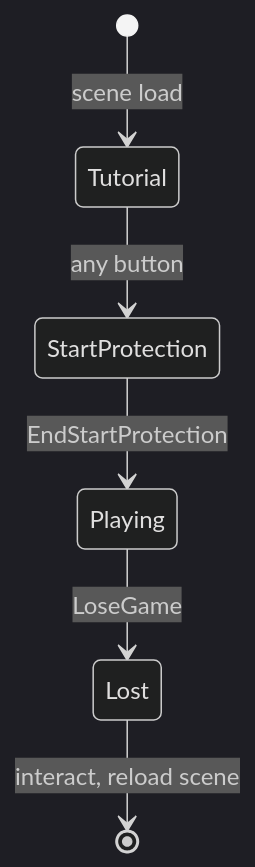
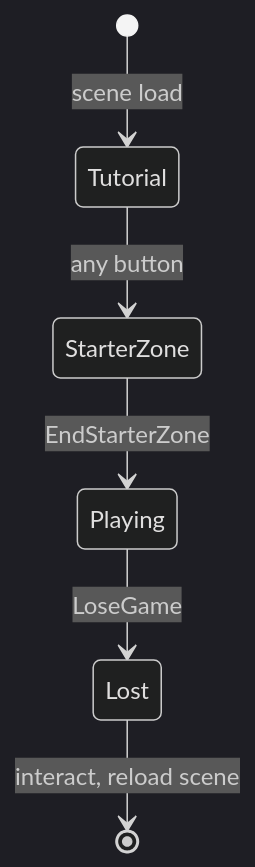
One commit to CSCI-526/Team4-Lu_Lu changed the second of 2 diagrams in docs/monkobra-tdd.md. Above: the diagram before and after it, drawn with Mermaid (dark theme). The commit also changed other lines of this file and 5 other files, not shown here.

First line of the commit message:
rename StartProtection state to StarterZone

````diff
--- a/docs/monkobra-tdd.md
+++ b/docs/monkobra-tdd.md
@@ -69,8 +69,8 @@
 ```mermaid
 stateDiagram-v2
   [*] --> Tutorial: scene load
-  Tutorial --> StartProtection: any button
-  StartProtection --> Playing: EndStartProtection
+  Tutorial --> StarterZone: any button
+  StarterZone --> Playing: EndStarterZone
   Playing --> Lost: LoseGame
   Lost --> [*]: interact, reload scene
 ```
````
